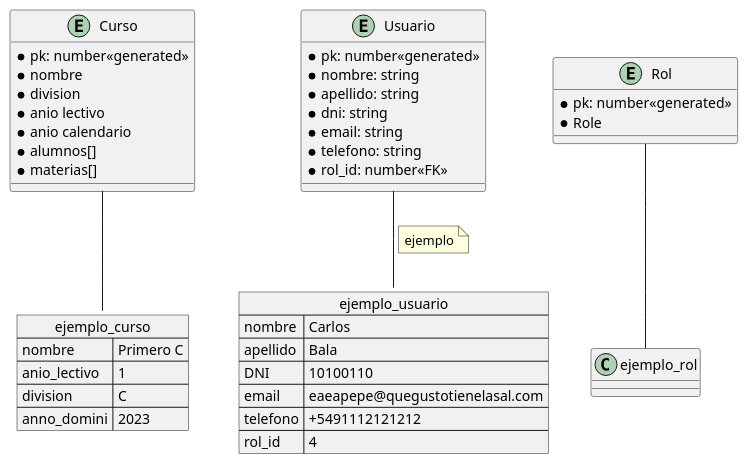
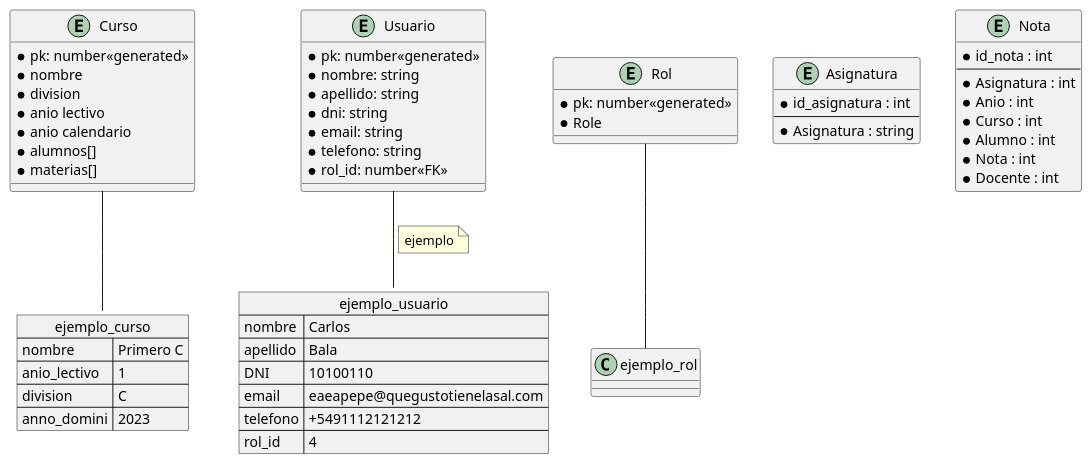
Before and after one commit to aragornz325/escuelas: the diagram in README.md, drawn with PlantUML.

Commit message:
PlantUML: Entidades Asignatura y Nota.

````diff
--- a/README.md
+++ b/README.md
@@ -3,54 +3,71 @@
 ```plantuml
 @startuml
 allow_mixing
 
 entity Curso {
   * pk: number<<generated>>
   * nombre
   * division
   * anio lectivo
   * anio calendario
   * alumnos[]
   * materias[]
 }
 
 entity Usuario {
   * pk: number<<generated>>
   * nombre: string
   * apellido: string
   * dni: string
   * email: string
   * telefono: string
   * rol_id: number<<FK>>
 }
 
 entity Rol {
  * pk: number<<generated>>
  * Role
 }
 
+entity "Asignatura" {
+  * id_asignatura : int
+  --
+  * Asignatura : string
+}
+
+entity "Nota" {
+  * id_nota : int
+  --
+  * Asignatura : int
+  * Anio : int
+  * Curso : int
+  * Alumno : int
+  * Nota : int
+  * Docente : int
+}
+
 json ejemplo_usuario{
   "nombre": "Carlos",
   "apellido": "Bala",
   "DNI": "10100110",
   "email": "eaeapepe@quegustotienelasal.com",
   "telefono": "+5491112121212",
   "rol_id": 4
 }
 
 json ejemplo_curso {
    "nombre":"Primero C",
    "anio_lectivo":"1",
    "division":"C",
    "anno_domini":"2023"
 }
 
 Rol -- ejemplo_rol
 Curso -- ejemplo_curso
 Usuario -- ejemplo_usuario
 note on link
 ejemplo
 end note
 
 @enduml
 ```
````
